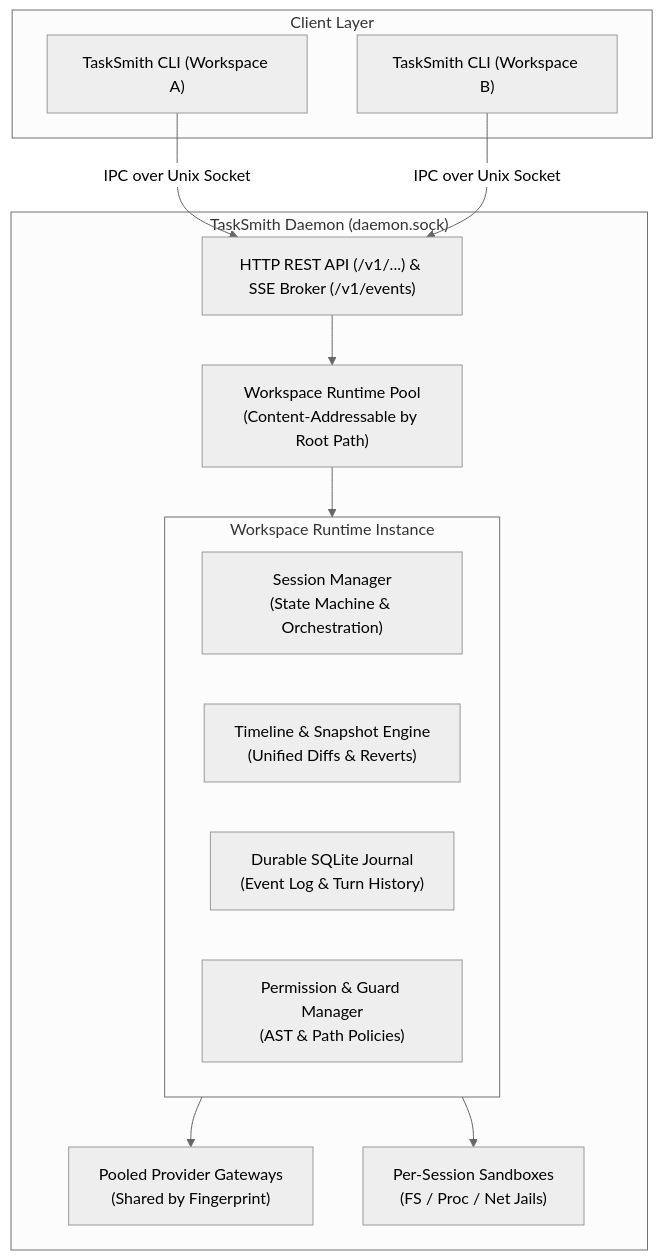
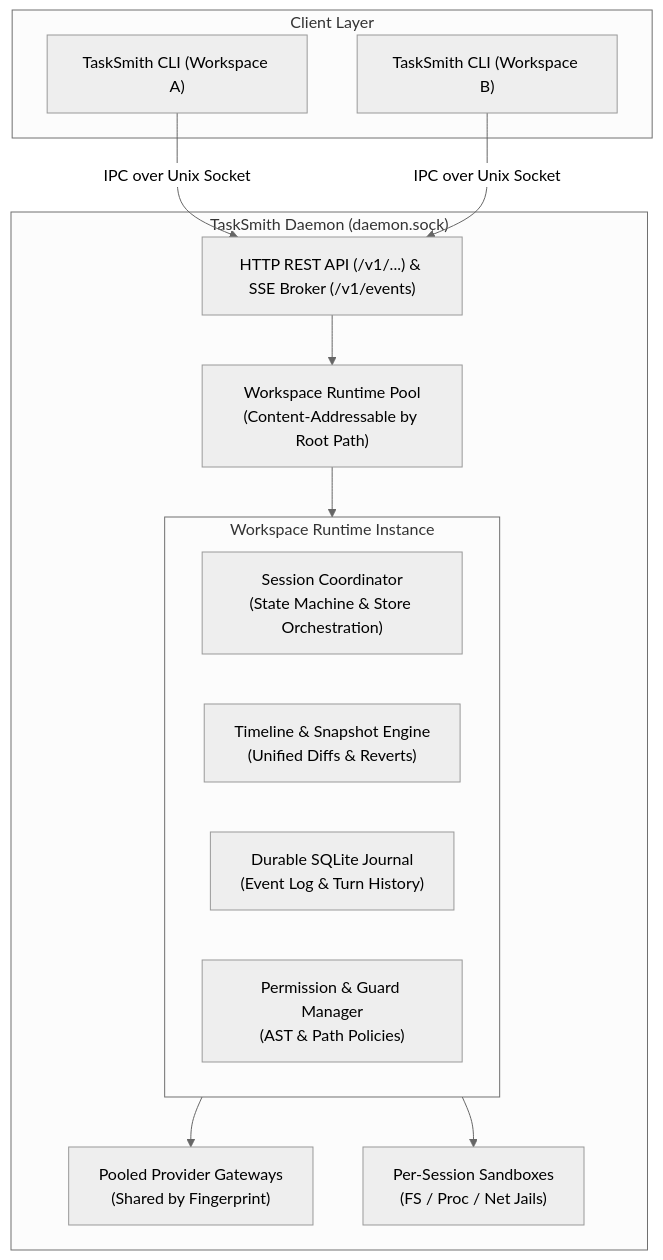
The diagram in docs/architecture/daemon.md (masterkeysrd/tasksmith), drawn with Mermaid (neutral theme) before and after one commit. The commit also changed other lines of this file and 31 other files, not shown here.

````diff
--- a/docs/architecture/daemon.md
+++ b/docs/architecture/daemon.md
@@ -9,28 +9,28 @@
 ```mermaid
 flowchart TD
     subgraph Clients ["Client Layer"]
         CLI1["TaskSmith CLI (Workspace A)"]
         CLI2["TaskSmith CLI (Workspace B)"]
     end
 
     subgraph DaemonSubsystem ["TaskSmith Daemon (daemon.sock)"]
         Server["HTTP REST API (/v1/...) & SSE Broker (/v1/events)"]
         RuntimePool["Workspace Runtime Pool\n(Content-Addressable by Root Path)"]
 
         subgraph RuntimeInstance ["Workspace Runtime Instance"]
-            SessMgr["Session Manager\n(State Machine & Orchestration)"]
+            SessCoord["Session Coordinator\n(State Machine & Store Orchestration)"]
             Timeline["Timeline & Snapshot Engine\n(Unified Diffs & Reverts)"]
             Journal["Durable SQLite Journal\n(Event Log & Turn History)"]
             PermMgr["Permission & Guard Manager\n(AST & Path Policies)"]
         end
 
         Gateways["Pooled Provider Gateways\n(Shared by Fingerprint)"]
         Sandboxes["Per-Session Sandboxes\n(FS / Proc / Net Jails)"]
     end
 
     CLI1 & CLI2 -->|IPC over Unix Socket| Server
     Server --> RuntimePool
     RuntimePool --> RuntimeInstance
     RuntimeInstance --> Gateways
     RuntimeInstance --> Sandboxes
 ```
````
